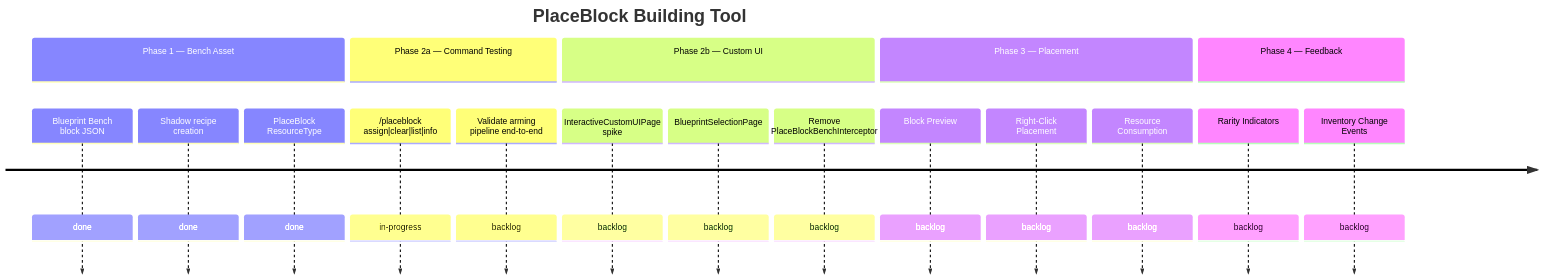
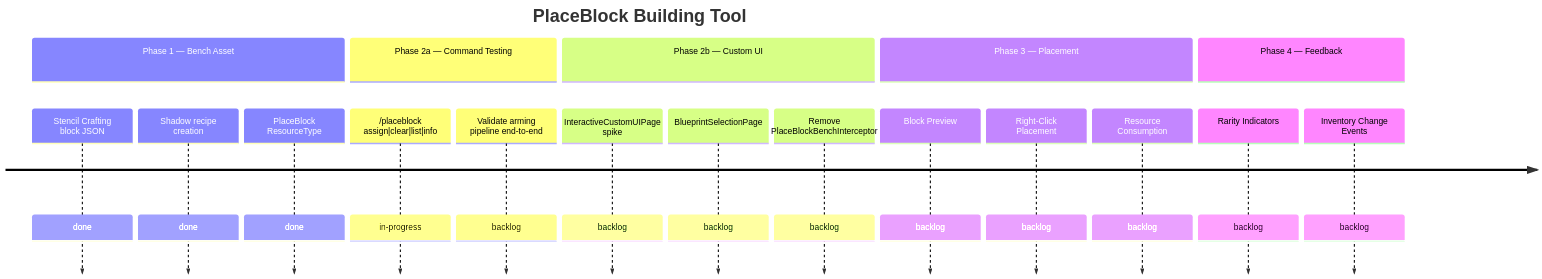
The diagram in docs/backlog/E2604221030_PlaceBlock-Building-Tool/E2604221030_PlaceBlock-Building-Tool.md (TheCodeCreature/Hytale-Example-Plugin), drawn with Mermaid before and after one commit. The commit also changed other lines of this file and 78 other files, not shown here.

First line of the commit message:
Refactor Blueprint Bench to Stencil Crafting

````diff
--- a/docs/backlog/E2604221030_PlaceBlock-Building-Tool/E2604221030_PlaceBlock-Building-Tool.md
+++ b/docs/backlog/E2604221030_PlaceBlock-Building-Tool/E2604221030_PlaceBlock-Building-Tool.md
@@ -63,22 +63,22 @@
 ```mermaid
 timeline
     title PlaceBlock Building Tool
     section Phase 1 — Bench Asset
-        Blueprint Bench block JSON : done
+        Stencil Crafting block JSON : done
         Shadow recipe creation : done
         PlaceBlock ResourceType : done
     section Phase 2a — Command Testing
         /placeblock assign|clear|list|info : in-progress
         Validate arming pipeline end-to-end : backlog
     section Phase 2b — Custom UI
         InteractiveCustomUIPage spike : backlog
         BlueprintSelectionPage : backlog
         Remove PlaceBlockBenchInterceptor : backlog
     section Phase 3 — Placement
         Block Preview : backlog
         Right-Click Placement : backlog
         Resource Consumption : backlog
     section Phase 4 — Feedback
         Rarity Indicators : backlog
         Inventory Change Events : backlog
 ```
````
